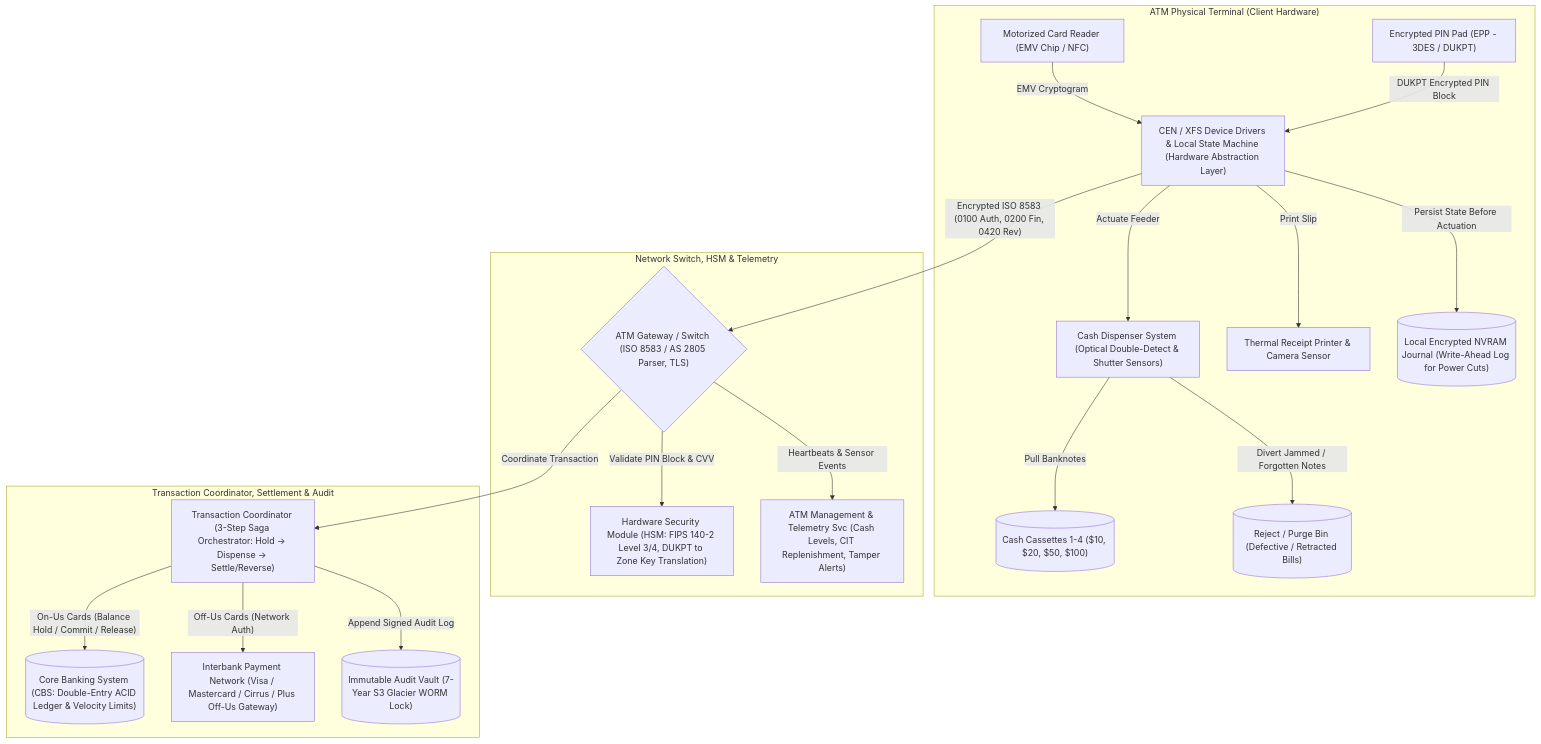
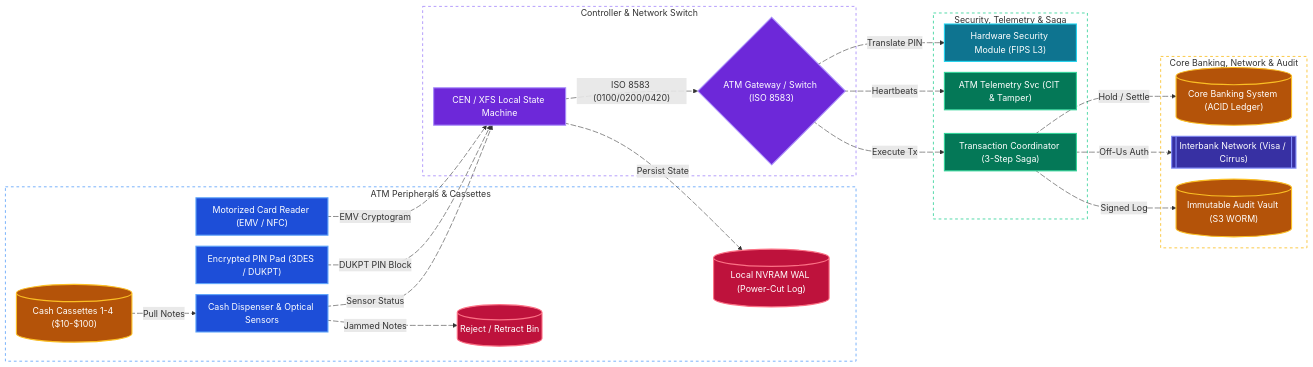
Before and after one commit to tarunbatta/tech-interview-prep: the third of 4 diagrams in system-design/atm.md, drawn with Mermaid. The commit also changed other lines of this file and 30 other files, not shown here.

First line of the commit message:
docs(system-design): convert Mermaid flowcharts to LR with colors and animated edges

````diff
--- a/system-design/atm.md
+++ b/system-design/atm.md
@@ -320,38 +352,74 @@
 ```mermaid
-flowchart TD
-    subgraph ATMTerminal["ATM Physical Terminal (Client Hardware)"]
-        CardReader["Motorized Card Reader (EMV Chip / NFC)"]
-        EPP["Encrypted PIN Pad (EPP - 3DES / DUKPT)"]
-        XFS["CEN / XFS Device Drivers & Local State Machine (Hardware Abstraction Layer)"]
-        Dispenser["Cash Dispenser System (Optical Double-Detect & Shutter Sensors)"]
-        Cassettes[("Cash Cassettes 1-4 ($10, $20, $50, $100)")]
-        RejectBin[("Reject / Purge Bin (Defective / Retracted Bills)")]
-        Printer["Thermal Receipt Printer & Camera Sensor"]
-        LocalWAL[("Local Encrypted NVRAM Journal (Write-Ahead Log for Power Cuts)")]
+%%{init: {'flowchart': {'nodeSpacing': 20, 'rankSpacing': 40, 'padding': 10}}}%%
+flowchart LR
+    subgraph HardwareTier["ATM Peripherals & Cassettes"]
+        CardReader["Motorized Card Reader (EMV / NFC)"]
+        EPP["Encrypted PIN Pad (3DES / DUKPT)"]
+        Dispenser["Cash Dispenser & Optical Sensors"]
+        Cassettes[("Cash Cassettes 1-4 ($10-$100)")]
+        RejectBin[("Reject / Retract Bin")]
+        LocalWAL[("Local NVRAM WAL (Power-Cut Log)")]
     end
-    subgraph SwitchAndSecurity["Network Switch, HSM & Telemetry"]
-        SwitchGW{"ATM Gateway / Switch (ISO 8583 / AS 2805 Parser, TLS)"}
-        HSM["Hardware Security Module (HSM: FIPS 140-2 Level 3/4, DUKPT to Zone Key Translation)"]
-        Monitoring["ATM Management & Telemetry Svc (Cash Levels, CIT Replenishment, Tamper Alerts)"]
+    subgraph SwitchTier["Controller & Network Switch"]
+        XFS["CEN / XFS Local State Machine"]
+        SwitchGW{"ATM Gateway / Switch (ISO 8583)"}
     end
-    subgraph CoreTransactionTier["Transaction Coordinator, Settlement & Audit"]
-        SagaOrch["Transaction Coordinator (3-Step Saga Orchestrator: Hold -> Dispense -> Settle/Reverse)"]
-        CBS[("Core Banking System (CBS: Double-Entry ACID Ledger & Velocity Limits)")]
-        Interbank["Interbank Payment Network (Visa / Mastercard / Cirrus / Plus Off-Us Gateway)"]
-        AuditDB[("Immutable Audit Vault (7-Year S3 Glacier WORM Lock)")]
+    subgraph CoreServices["Security, Telemetry & Saga"]
+        HSM["Hardware Security Module (FIPS L3)"]
+        Monitoring["ATM Telemetry Svc (CIT & Tamper)"]
+        SagaOrch["Transaction Coordinator (3-Step Saga)"]
     end
-    CardReader -->|"EMV Cryptogram"| XFS
-    EPP -->|"DUKPT Encrypted PIN Block"| XFS
-    XFS -->|"Actuate Feeder"| Dispenser
-    Dispenser -->|"Pull Banknotes"| Cassettes
-    Dispenser -->|"Divert Jammed / Forgotten Notes"| RejectBin
-    XFS -->|"Print Slip"| Printer
-    XFS -->|"Persist State Before Actuation"| LocalWAL
-    XFS -->|"Encrypted ISO 8583 (0100 Auth, 0200 Fin, 0420 Rev)"| SwitchGW
-    SwitchGW -->|"Validate PIN Block & CVV"| HSM
-    SwitchGW -->|"Heartbeats & Sensor Events"| Monitoring
-    SwitchGW -->|"Coordinate Transaction"| SagaOrch
-    SagaOrch -->|"On-Us Cards (Balance Hold / Commit / Release)"| CBS
-    SagaOrch -->|"Off-Us Cards (Network Auth)"| Interbank
-    SagaOrch -->|"Append Signed Audit Log"| AuditDB
+    subgraph LedgerAndAudit["Core Banking, Network & Audit"]
+        CBS[("Core Banking System (ACID Ledger)")]
+        Interbank[["Interbank Network (Visa / Cirrus)"]]
+        AuditDB[("Immutable Audit Vault (S3 WORM)")]
+    end
+    CardReader e1@-->|"EMV Cryptogram"| XFS
+    EPP e2@-->|"DUKPT PIN Block"| XFS
+    Cassettes e3@-->|"Pull Notes"| Dispenser
+    Dispenser e4@-->|"Jammed Notes"| RejectBin
+    Dispenser e5@-->|"Sensor Status"| XFS
+    XFS e6@-->|"Persist State"| LocalWAL
+    XFS e7@-->|"ISO 8583 (0100/0200/0420)"| SwitchGW
+    SwitchGW e8@-->|"Translate PIN"| HSM
+    SwitchGW e9@-->|"Heartbeats"| Monitoring
+    SwitchGW e10@-->|"Execute Tx"| SagaOrch
+    SagaOrch e11@-->|"Hold / Settle"| CBS
+    SagaOrch e12@-->|"Off-Us Auth"| Interbank
+    SagaOrch e13@-->|"Signed Log"| AuditDB
+
+    e1@{ animate: true }
+    e2@{ animate: true }
+    e3@{ animate: true }
+    e4@{ animate: true }
+    e5@{ animate: true }
+    e6@{ animate: true }
+    e7@{ animate: true }
+    e8@{ animate: true }
+    e9@{ animate: true }
+    e10@{ animate: true }
+    e11@{ animate: true }
+    e12@{ animate: true }
+    e13@{ animate: true }
+
+    classDef client fill:#1d4ed8,stroke:#60a5fa,stroke-width:2px,color:#ffffff
+    classDef edge fill:#6d28d9,stroke:#a78bfa,stroke-width:2px,color:#ffffff
+    classDef service fill:#047857,stroke:#34d399,stroke-width:2px,color:#ffffff
+    classDef worker fill:#0e7490,stroke:#22d3ee,stroke-width:2px,color:#ffffff
+    classDef cache fill:#be123c,stroke:#fb7185,stroke-width:2px,color:#ffffff
+    classDef storage fill:#b45309,stroke:#fbbf24,stroke-width:2px,color:#ffffff
+    classDef queue fill:#3730a3,stroke:#818cf8,stroke-width:2px,color:#ffffff
+
+    class CardReader,EPP,Dispenser client
+    class XFS,SwitchGW edge
+    class SagaOrch,Monitoring service
+    class HSM worker
+    class LocalWAL,RejectBin cache
+    class Cassettes,CBS,AuditDB storage
+    class Interbank queue
+
+    style HardwareTier fill:transparent,stroke:#60a5fa,stroke-width:1.5px,stroke-dasharray: 5 5
+    style SwitchTier fill:transparent,stroke:#a78bfa,stroke-width:1.5px,stroke-dasharray: 5 5
+    style CoreServices fill:transparent,stroke:#34d399,stroke-width:1.5px,stroke-dasharray: 5 5
+    style LedgerAndAudit fill:transparent,stroke:#fbbf24,stroke-width:1.5px,stroke-dasharray: 5 5
 ```
````
